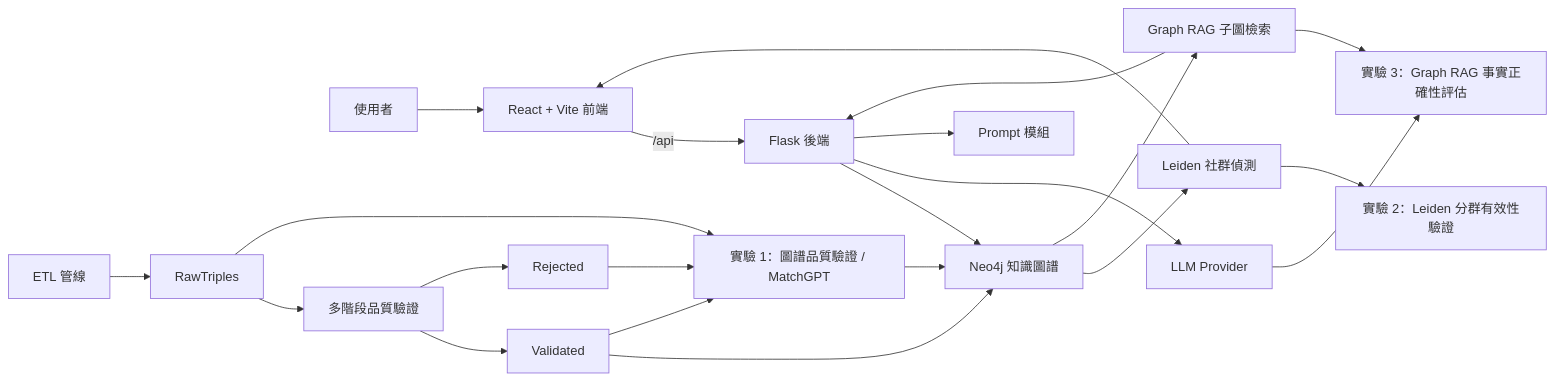
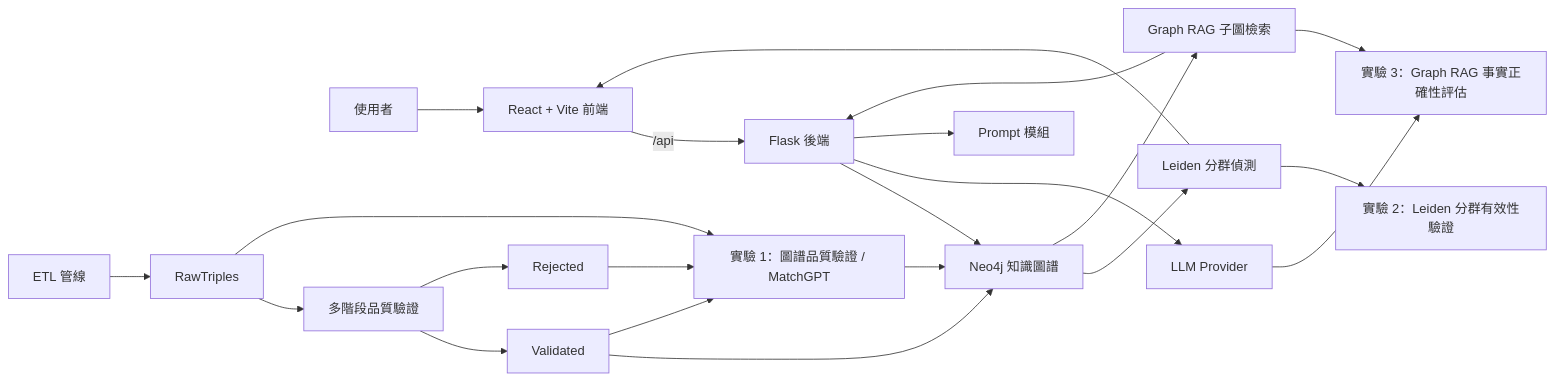
The diagram in README.md (chy1211/cybersecurity-learning-platform), drawn with Mermaid before and after one commit. The commit also changed other lines of this file and 24 other files, not shown here.

````diff
--- a/README.md
+++ b/README.md
@@ -24,34 +24,34 @@
 ```mermaid
 flowchart LR
     accTitle: Platform And Experiment Flow
     accDescr: Platform architecture showing how ETL outputs feed Neo4j, how the frontend and backend use the graph, and where experiments 1 to 3 validate graph quality, Leiden grouping, and Graph RAG correctness.
 
     User["使用者"] --> Frontend["React + Vite 前端"]
     Frontend -->|/api| Backend["Flask 後端"]
     Backend --> Neo4j["Neo4j 知識圖譜"]
     Backend --> LLM["LLM Provider"]
     Backend --> Prompts["Prompt 模組"]
 
     ETL["ETL 管線"] --> Raw["RawTriples"]
     Raw --> Validate["多階段品質驗證"]
     Validate --> Validated["Validated"]
     Validate --> Rejected["Rejected"]
     Validated --> Neo4j
 
-    Neo4j --> Leiden["Leiden 社群偵測"]
+    Neo4j --> Leiden["Leiden 分群偵測"]
     Neo4j --> GraphRAG["Graph RAG 子圖檢索"]
     Leiden --> Frontend
     GraphRAG --> Backend
 
     Exp1["實驗 1：圖譜品質驗證 / MatchGPT"]
     Exp2["實驗 2：Leiden 分群有效性驗證"]
     Exp3["實驗 3：Graph RAG 事實正確性評估"]
 
     Raw --> Exp1
     Validated --> Exp1
     Rejected --> Exp1
     Exp1 --> Neo4j
     Leiden --> Exp2
     GraphRAG --> Exp3
     LLM --> Exp3
 ```
````
